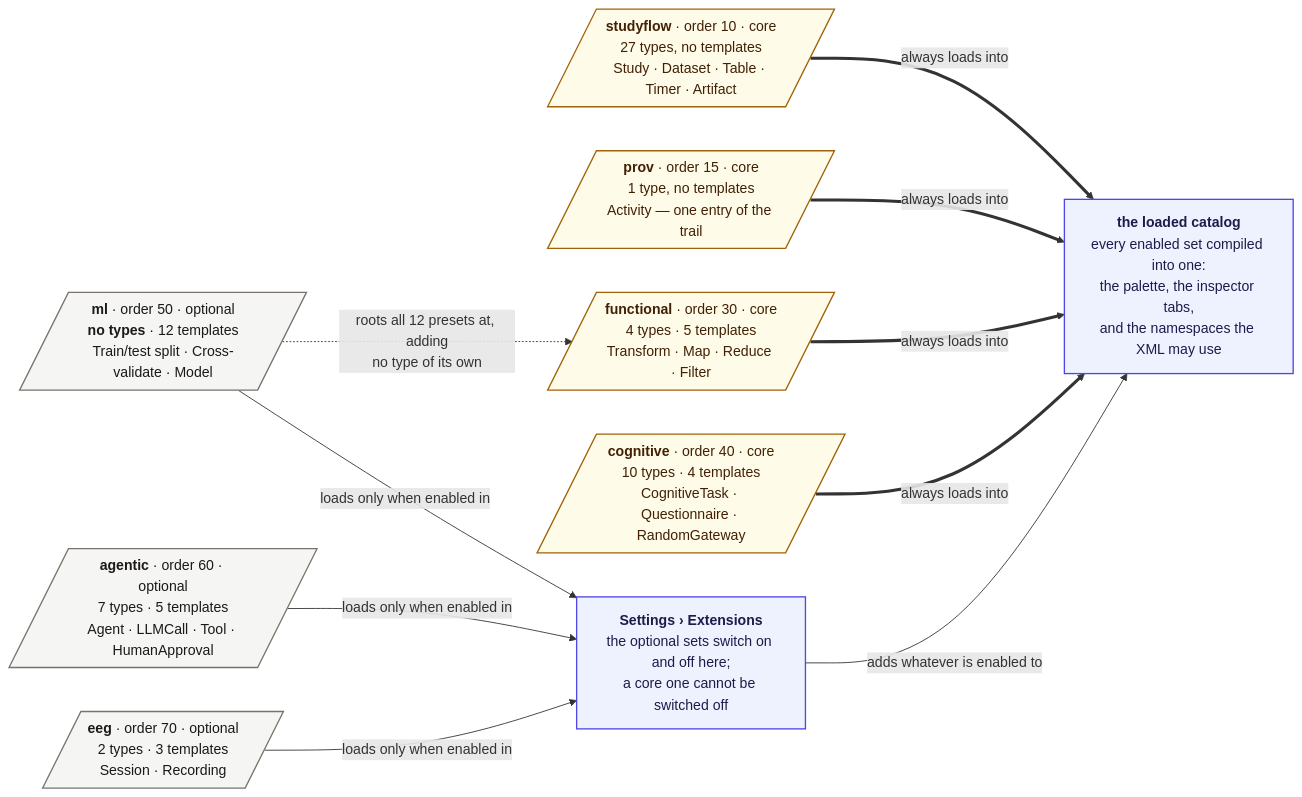
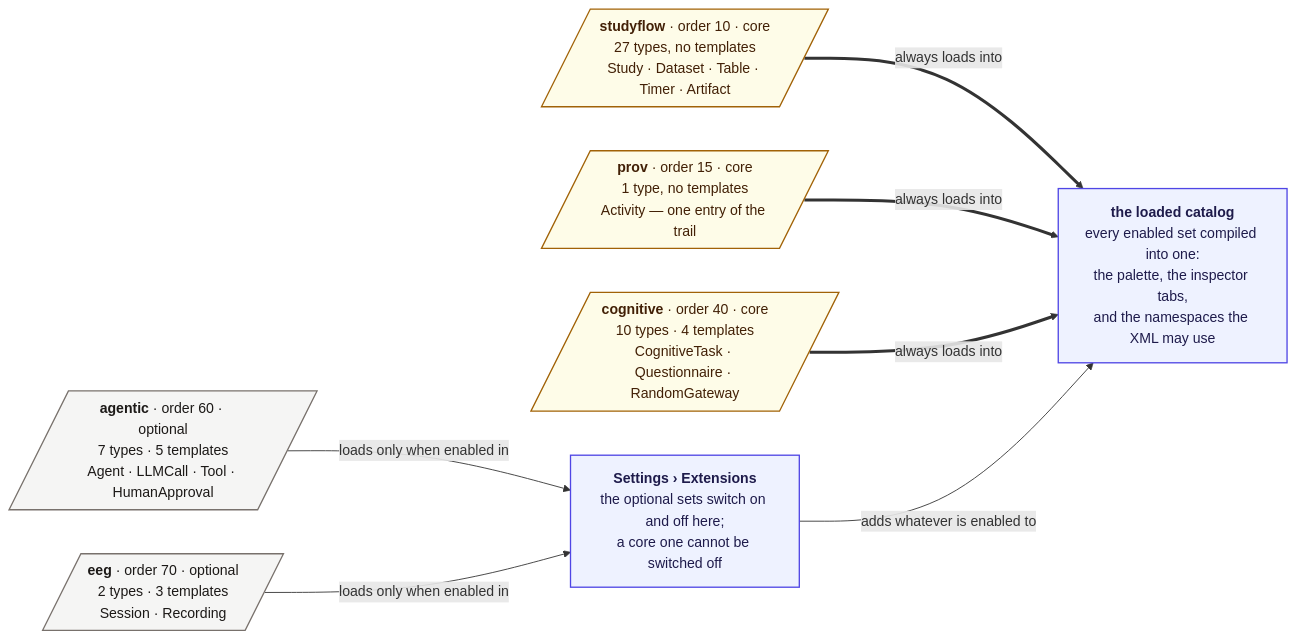
One commit to behaverse/studyflow-modeler changed the diagram in docs/assets/img/diagrams/schema-map.mmd. Above: the diagram before and after it, drawn with Mermaid. The commit also changed 36 other files, not shown here.

```diff
--- a/docs/assets/img/diagrams/schema-map.mmd
+++ b/docs/assets/img/diagrams/schema-map.mmd
@@ -1,54 +1,44 @@
 %% Regenerate: npx -y @mermaid-js/mermaid-cli -i schema-map.mmd -o schema-map.svg -c mermaid.config.json -b transparent
 %% The config keeps labels as plain SVG text (no foreignObject), so the .svg survives being embedded as an image.
 flowchart LR
 
   SF[/"`**studyflow** · order 10 · core
   27 types, no templates
   Study · Dataset · Table · Timer · Artifact`"/]
   PROV[/"`**prov** · order 15 · core
   1 type, no templates
   Activity — one entry of the trail`"/]
-  FUNC[/"`**functional** · order 30 · core
-  4 types · 5 templates
-  Transform · Map · Reduce · Filter`"/]
   COG[/"`**cognitive** · order 40 · core
   10 types · 4 templates
   CognitiveTask · Questionnaire · RandomGateway`"/]
 
-  ML[/"`**ml** · order 50 · optional
-  **no types** · 12 templates
-  Train/test split · Cross-validate · Model`"/]
   AGENTIC[/"`**agentic** · order 60 · optional
   7 types · 5 templates
   Agent · LLMCall · Tool · HumanApproval`"/]
   EEG[/"`**eeg** · order 70 · optional
   2 types · 3 templates
   Session · Recording`"/]
 
   SETTINGS["`**Settings › Extensions**
   the optional sets switch on and off here;
   a core one cannot be switched off`"]
 
   CATALOG["`**the loaded catalog**
   every enabled set compiled into one:
   the palette, the inspector tabs,
   and the namespaces the XML may use`"]
 
   SF ==>|"always loads into"| CATALOG
   PROV ==>|"always loads into"| CATALOG
-  FUNC ==>|"always loads into"| CATALOG
   COG ==>|"always loads into"| CATALOG
 
-  ML -->|"loads only when enabled in"| SETTINGS
   AGENTIC -->|"loads only when enabled in"| SETTINGS
   EEG -->|"loads only when enabled in"| SETTINGS
   SETTINGS -->|"adds whatever is enabled to"| CATALOG
 
-  ML -.->|"roots all 12 presets at, adding<br/>no type of its own"| FUNC
-
   classDef core fill:#fefce8,stroke:#a16207,stroke-width:1.5px,color:#422006
   classDef opt fill:#f5f5f4,stroke:#78716c,stroke-width:1.5px,color:#1c1917
   classDef app fill:#eef2ff,stroke:#4f46e5,stroke-width:1.5px,color:#1e1b4b
-  class SF,PROV,FUNC,COG core
-  class ML,AGENTIC,EEG opt
+  class SF,PROV,COG core
+  class AGENTIC,EEG opt
   class SETTINGS,CATALOG app
```
